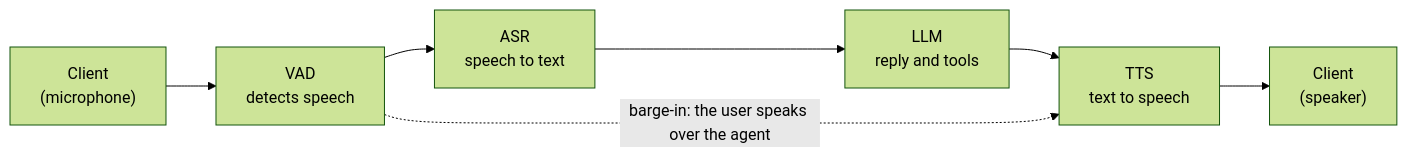
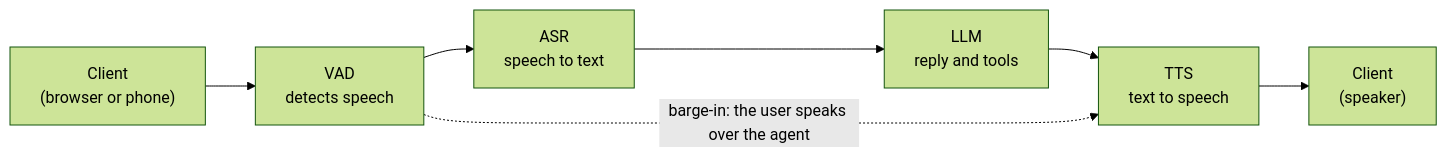
One commit to NVIDIA-AI-Blueprints/nemotron-voice-agent changed the diagram in src/examples/generic_assistant_livekit/README.md. Above: the diagram before and after it, drawn with Mermaid (forest theme). The commit also changed other lines of this file and 13 other files, not shown here.

````diff
--- a/src/examples/generic_assistant_livekit/README.md
+++ b/src/examples/generic_assistant_livekit/README.md
@@ -9,9 +11,9 @@
 ```mermaid
 flowchart LR
-    MIC["Client<br/>(microphone)"] --> VAD["VAD<br/>detects speech"]
+    MIC["Client<br/>(browser or phone)"] --> VAD["VAD<br/>detects speech"]
     VAD --> ASR["ASR<br/>speech to text"]
     ASR --> LLM["LLM<br/>reply and tools"]
     LLM --> TTS["TTS<br/>text to speech"]
     TTS --> SPK["Client<br/>(speaker)"]
     VAD -. "barge-in: the user speaks over the agent" .-> TTS
 ```
````
